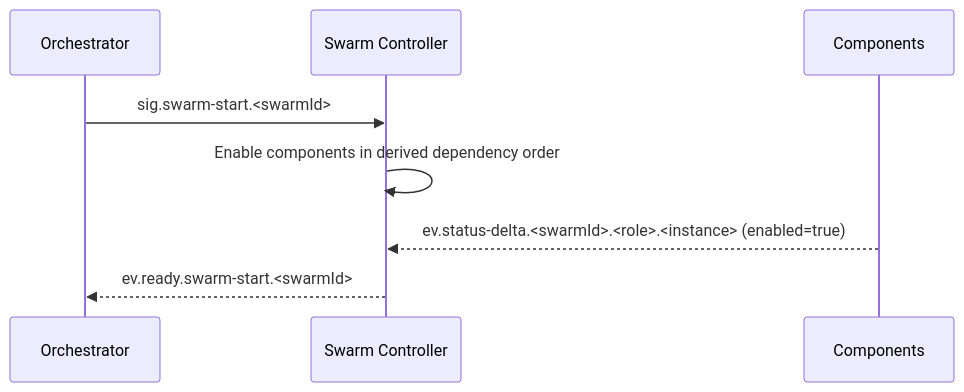
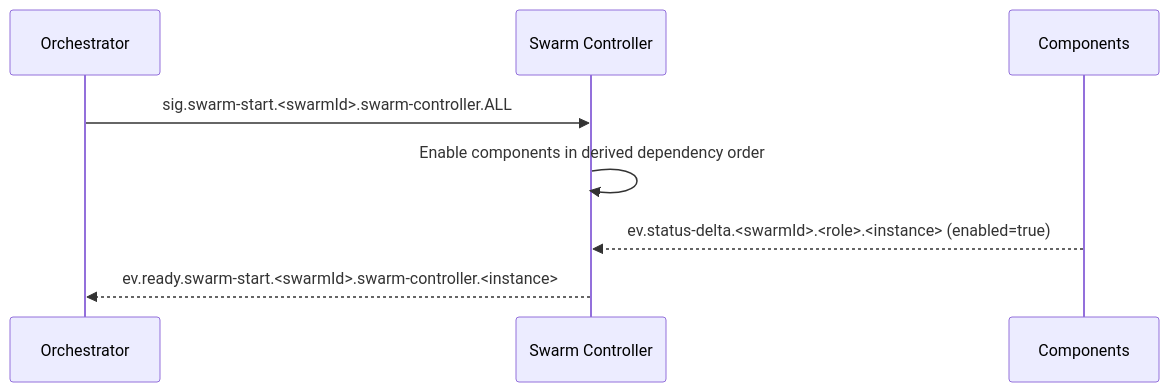
The second of 8 diagrams in docs/ARCHITECTURE.md (sepa79/PocketHive), drawn with Mermaid before and after one commit. The commit also changed other lines of this file and 29 other files, not shown here.

````diff
--- a/docs/ARCHITECTURE.md
+++ b/docs/ARCHITECTURE.md
@@ -174,11 +181,11 @@
 ```mermaid
 sequenceDiagram
   participant QN as Orchestrator
   participant MSH as Swarm Controller
   participant CMP as Components
 
-  QN->>MSH: sig.swarm-start.<swarmId>
+  QN->>MSH: sig.swarm-start.<swarmId>.swarm-controller.ALL
   MSH->>MSH: Enable components in derived dependency order
   CMP-->>MSH: ev.status-delta.<swarmId>.<role>.<instance> (enabled=true)
-  MSH-->>QN: ev.ready.swarm-start.<swarmId>
+  MSH-->>QN: ev.ready.swarm-start.<swarmId>.swarm-controller.<instance>
 ```
````
